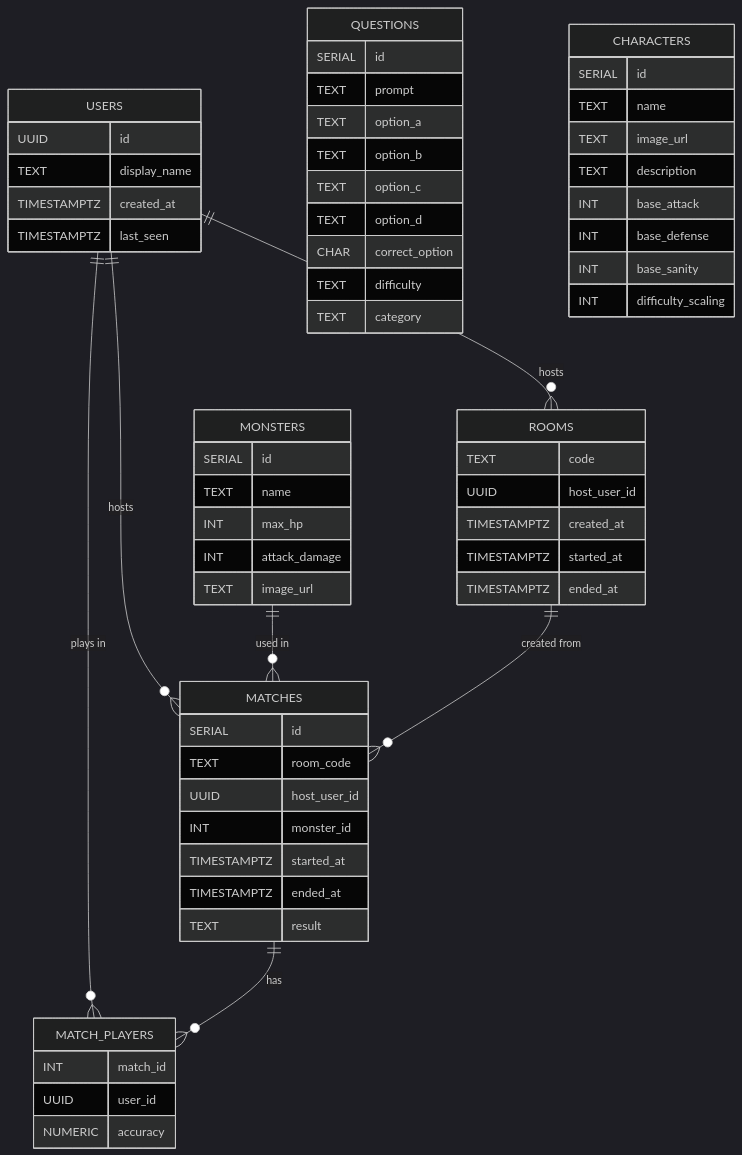
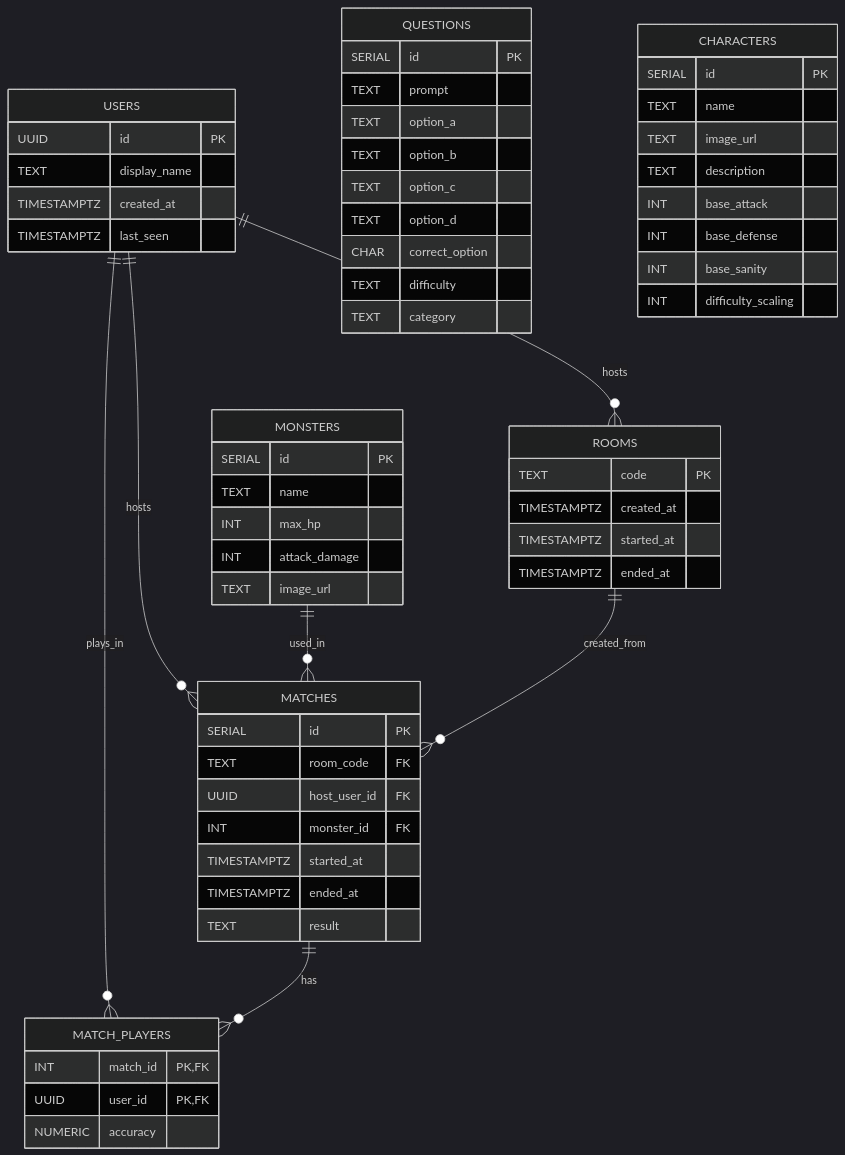
Before and after one commit to vertigo1919/eldritch-backend: the diagram in docs/planning/backend-draft.md, drawn with Mermaid (dark theme).

Commit message:
docs: tweak DB schema

````diff
--- a/docs/planning/backend-draft.md
+++ b/docs/planning/backend-draft.md
@@ -5,72 +5,71 @@
 ```mermaid
 erDiagram
   USERS {
-    UUID id
+    UUID id PK
     TEXT display_name
     TIMESTAMPTZ created_at
     TIMESTAMPTZ last_seen
   }
 
   QUESTIONS {
-    SERIAL id
+    SERIAL id PK
     TEXT prompt
     TEXT option_a
     TEXT option_b
     TEXT option_c
     TEXT option_d
     CHAR correct_option
     TEXT difficulty
     TEXT category
   }
 
   MONSTERS {
-    SERIAL id
+    SERIAL id PK
     TEXT name
     INT max_hp
     INT attack_damage
     TEXT image_url
   }
 
   CHARACTERS {
-    SERIAL id
+    SERIAL id PK
     TEXT name
     TEXT image_url
     TEXT description
     INT base_attack
     INT base_defense
     INT base_sanity
     INT difficulty_scaling
   }
 
   ROOMS {
-    TEXT code
-    UUID host_user_id
+    TEXT code PK
     TIMESTAMPTZ created_at
     TIMESTAMPTZ started_at
     TIMESTAMPTZ ended_at
   }
 
   MATCHES {
-    SERIAL id
-    TEXT room_code
-    UUID host_user_id
-    INT monster_id
+    SERIAL id PK
+    TEXT room_code FK
+    UUID host_user_id FK
+    INT monster_id FK
     TIMESTAMPTZ started_at
     TIMESTAMPTZ ended_at
     TEXT result
   }
 
   MATCH_PLAYERS {
-    INT match_id
-    UUID user_id
+    INT match_id PK, FK
+    UUID user_id PK, FK
     NUMERIC accuracy
   }
 
   %% Relationships
-  USERS ||--o{ ROOMS : "hosts"
-  USERS ||--o{ MATCHES : "hosts"
-  USERS ||--o{ MATCH_PLAYERS : "plays in"
-  MONSTERS ||--o{ MATCHES : "used in"
-  ROOMS ||--o{ MATCHES : "created from"
-  MATCHES ||--o{ MATCH_PLAYERS : "has"
+  USERS ||--o{ ROOMS : hosts
+  USERS ||--o{ MATCHES : hosts
+  USERS ||--o{ MATCH_PLAYERS : plays_in
+  MONSTERS ||--o{ MATCHES : used_in
+  ROOMS ||--o{ MATCHES : created_from
+  MATCHES ||--o{ MATCH_PLAYERS : has
 ```
````
